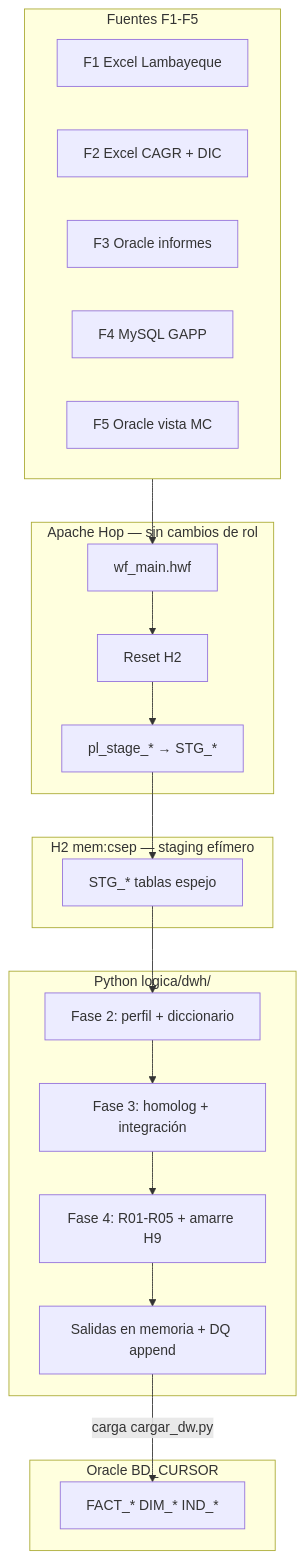
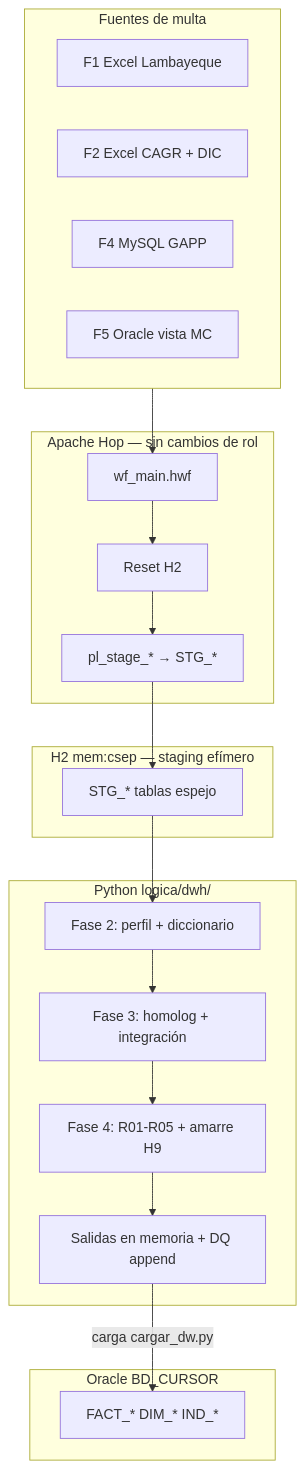
The first of 3 diagrams in docs/fase1-3/status.md (nwodevops/multa_informes_etl), drawn with Mermaid before and after one commit. The commit also changed other lines of this file and 51 other files, not shown here.

First line of the commit message:
feat(dw): drop F3 informes and keep a multa-only warehouse

````diff
--- a/docs/fase1-3/status.md
+++ b/docs/fase1-3/status.md
@@ -10,36 +10,35 @@
 ```mermaid
 flowchart TB
-  subgraph fuentes [Fuentes F1-F5]
+  subgraph fuentes [Fuentes de multa]
     F1["F1 Excel Lambayeque"]
     F2["F2 Excel CAGR + DIC"]
-    F3["F3 Oracle informes"]
     F4["F4 MySQL GAPP"]
     F5["F5 Oracle vista MC"]
   end
 
   subgraph hop [Apache Hop — sin cambios de rol]
     WF["wf_main.hwf"]
     RESET["Reset H2"]
     STG_LOAD["pl_stage_* → STG_*"]
   end
 
   subgraph h2 [H2 mem:csep — staging efímero]
     STG["STG_* tablas espejo"]
   end
 
   subgraph py [Python logica/dwh/]
     F2b["Fase 2: perfil + diccionario"]
     F3b["Fase 3: homolog + integración"]
     F4b["Fase 4: R01-R05 + amarre H9"]
     OUT["Salidas en memoria + DQ append"]
   end
 
   subgraph oracle [Oracle BD_CURSOR]
     ORA["FACT_* DIM_* IND_*"]
   end
 
   fuentes --> WF
   WF --> RESET --> STG_LOAD --> STG
   STG --> F2b --> F3b --> F4b --> OUT
   OUT -->|"carga cargar_dw.py"| ORA
 ```
````
